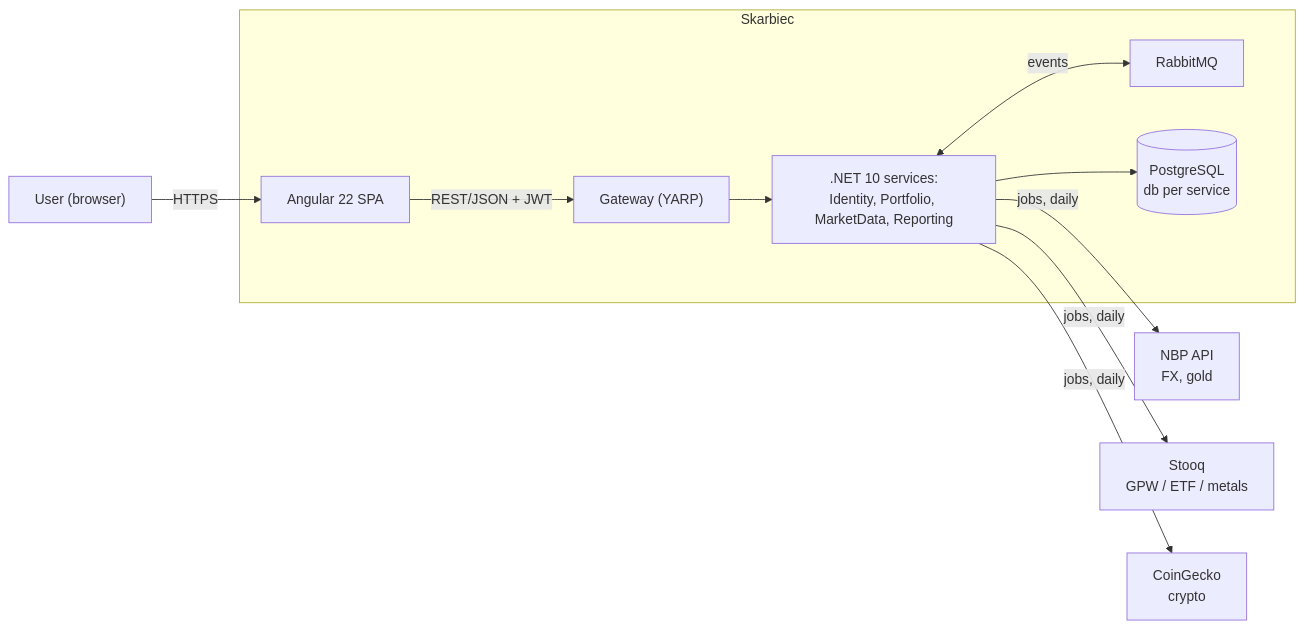
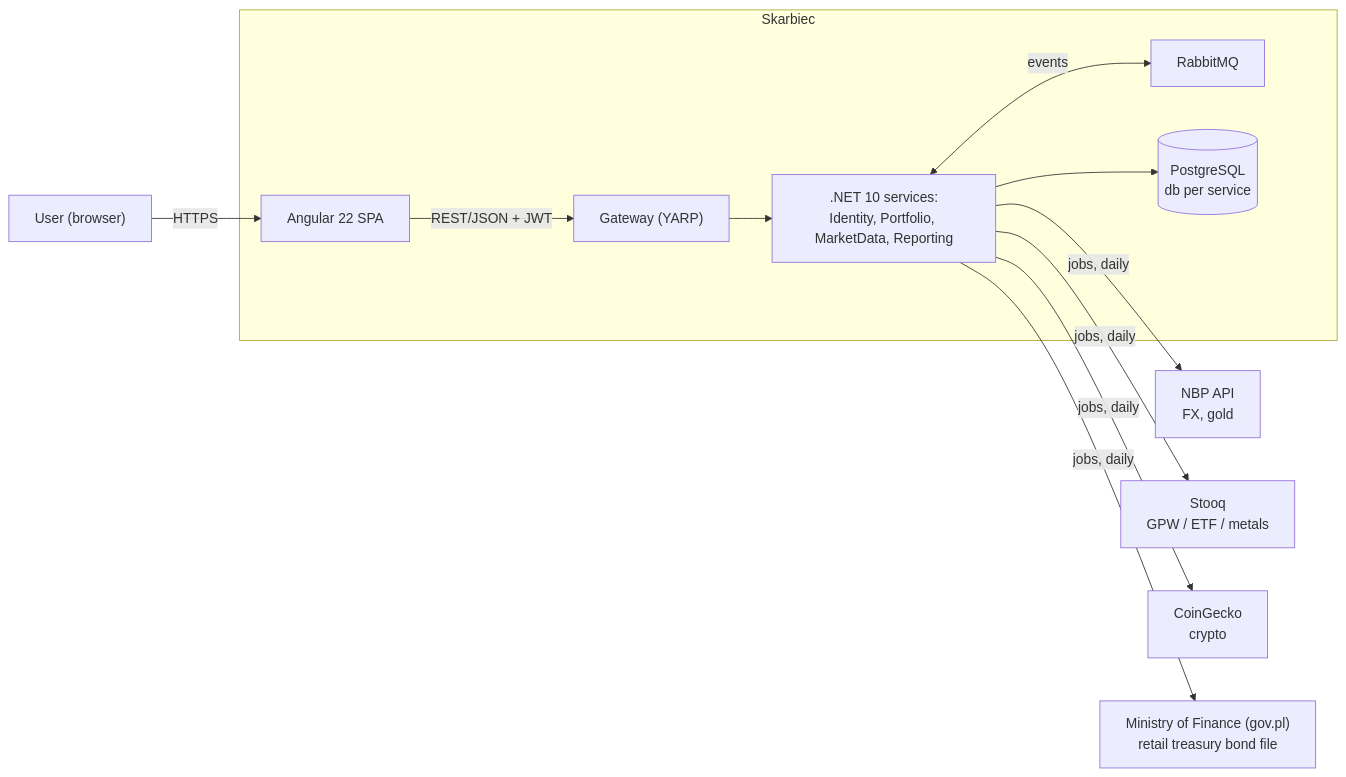
One commit to Maliniak93/FinMel changed the first of 6 diagrams in skarbiec-plan/architecture.md. Above: the diagram before and after it, drawn with Mermaid. The commit also changed other lines of this file and 67 other files, not shown here.

First line of the commit message:
Treasury bonds: MF bond catalog (#180)

````diff
--- a/skarbiec-plan/architecture.md
+++ b/skarbiec-plan/architecture.md
@@ -50,23 +50,25 @@
 ```mermaid
 flowchart LR
     U["User (browser)"]
     subgraph SKARBIEC["Skarbiec"]
         SPA["Angular 22 SPA"]
         GW["Gateway (YARP)"]
         SVC[".NET 10 services:<br/>Identity, Portfolio, MarketData, Reporting"]
         MQ["RabbitMQ"]
         DB[("PostgreSQL<br/>db per service")]
     end
     NBP["NBP API<br/>FX, gold"]
     STOOQ["Stooq<br/>GPW / ETF / metals"]
     CG["CoinGecko<br/>crypto"]
+    MF["Ministry of Finance (gov.pl)<br/>retail treasury bond file"]
 
     U -->|HTTPS| SPA
     SPA -->|"REST/JSON + JWT"| GW
     GW --> SVC
     SVC <-->|events| MQ
     SVC --> DB
     SVC -->|"jobs, daily"| NBP
     SVC -->|"jobs, daily"| STOOQ
     SVC -->|"jobs, daily"| CG
+    SVC -->|"jobs, daily"| MF
 ```
````
